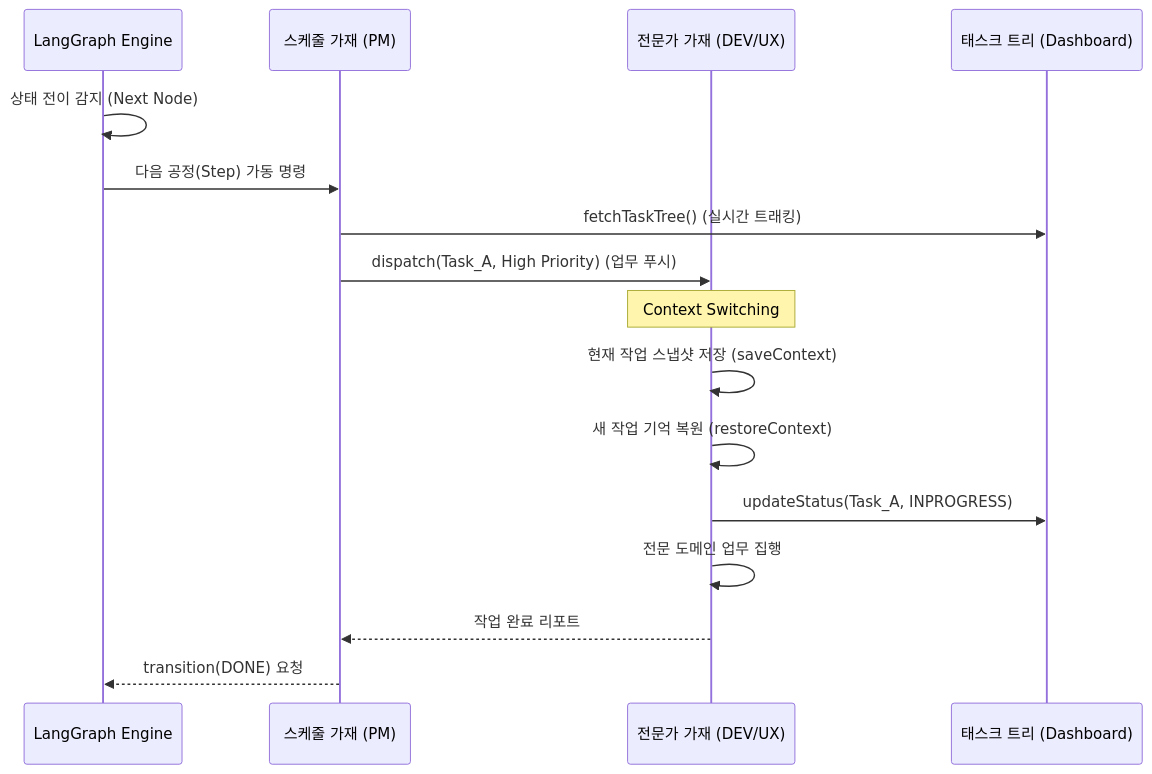
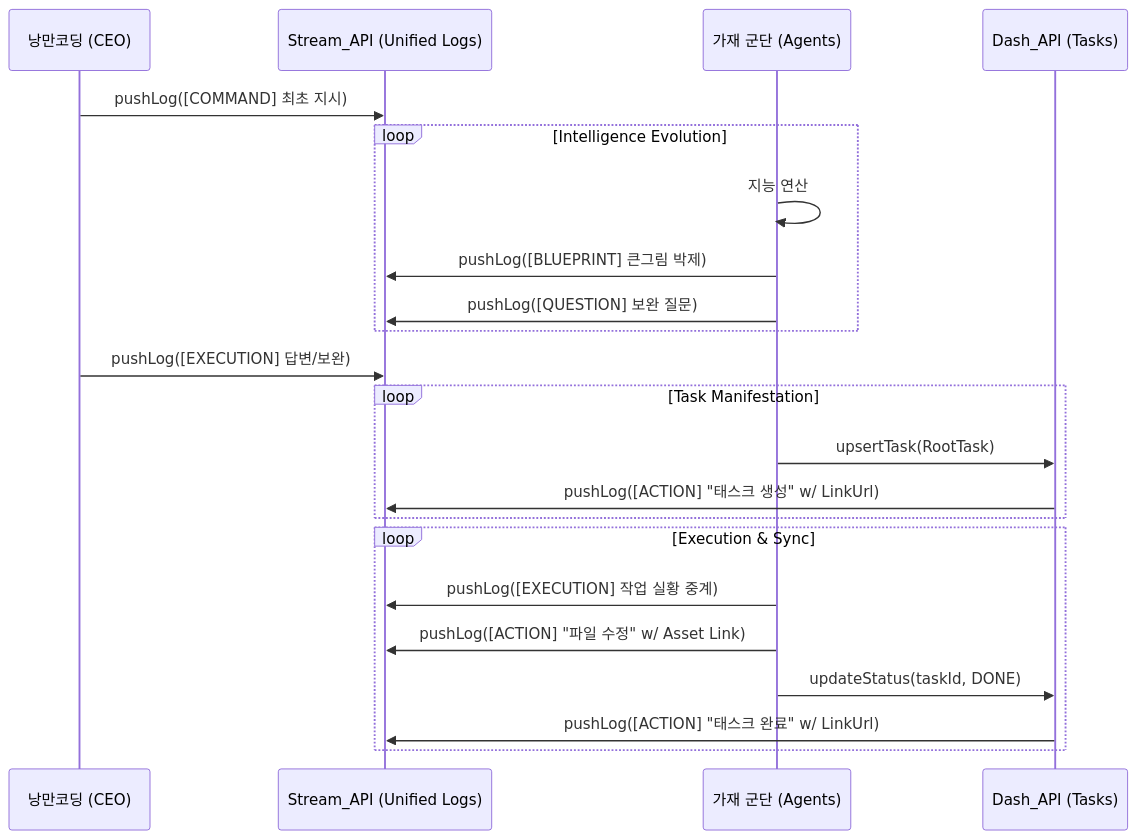
Before and after one commit to yuna-studio/yuna-openclaw: the second of 2 diagrams in docs/core/process/SYSTEM_DESIGN_V1_0.md, drawn with Mermaid. The commit also changed other lines of this file, not shown here.

Commit message:
docs: Rollback to Sanctuary v3.9 (Unified Log Stream)

````diff
--- a/docs/core/process/SYSTEM_DESIGN_V1_0.md
+++ b/docs/core/process/SYSTEM_DESIGN_V1_0.md
@@ -55,22 +72,29 @@
 ```mermaid
 sequenceDiagram
-    participant LG as LangGraph Engine
-    participant PM as 스케줄 가재 (PM)
-    participant Agent as 전문가 가재 (DEV/UX)
-    participant Dash as 태스크 트리 (Dashboard)
+    participant CEO as 낭만코딩 (CEO)
+    participant Stream_API as Stream_API (Unified Logs)
+    participant Agent as 가재 군단 (Agents)
+    participant Dash_API as Dash_API (Tasks)
 
-    LG->>LG: 상태 전이 감지 (Next Node)
-    LG->>PM: 다음 공정(Step) 가동 명령
+    CEO->>Stream_API: pushLog([COMMAND] 최초 지시)
     
-    PM->>Dash: fetchTaskTree() (실시간 트래킹)
-    PM->>Agent: dispatch(Task_A, High Priority) (업무 푸시)
-    
-    Note over Agent: Context Switching
-    Agent->>Agent: 현재 작업 스냅샷 저장 (saveContext)
-    Agent->>Agent: 새 작업 기억 복원 (restoreContext)
-    
-    Agent->>Dash: updateStatus(Task_A, INPROGRESS)
-    Agent->>Agent: 전문 도메인 업무 집행
-    Agent-->>PM: 작업 완료 리포트
-    PM-->>LG: transition(DONE) 요청
+    loop Intelligence Evolution
+        Agent->>Agent: 지능 연산
+        Agent->>Stream_API: pushLog([BLUEPRINT] 큰그림 박제)
+        Agent->>Stream_API: pushLog([QUESTION] 보완 질문)
+    end
+
+    CEO->>Stream_API: pushLog([EXECUTION] 답변/보완)
+
+    loop Task Manifestation
+        Agent->>Dash_API: upsertTask(RootTask)
+        Dash_API->>Stream_API: pushLog([ACTION] "태스크 생성" w/ LinkUrl)
+    end
+
+    loop Execution & Sync
+        Agent->>Stream_API: pushLog([EXECUTION] 작업 실황 중계)
+        Agent->>Stream_API: pushLog([ACTION] "파일 수정" w/ Asset Link)
+        Agent->>Dash_API: updateStatus(taskId, DONE)
+        Dash_API->>Stream_API: pushLog([ACTION] "태스크 완료" w/ LinkUrl)
+    end
 ```
````
